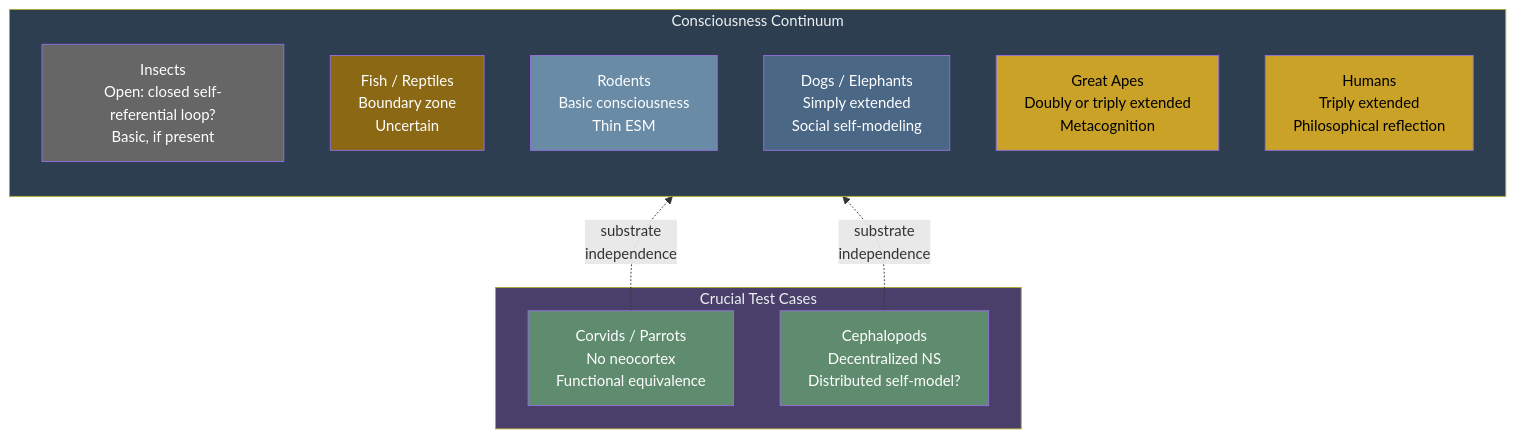
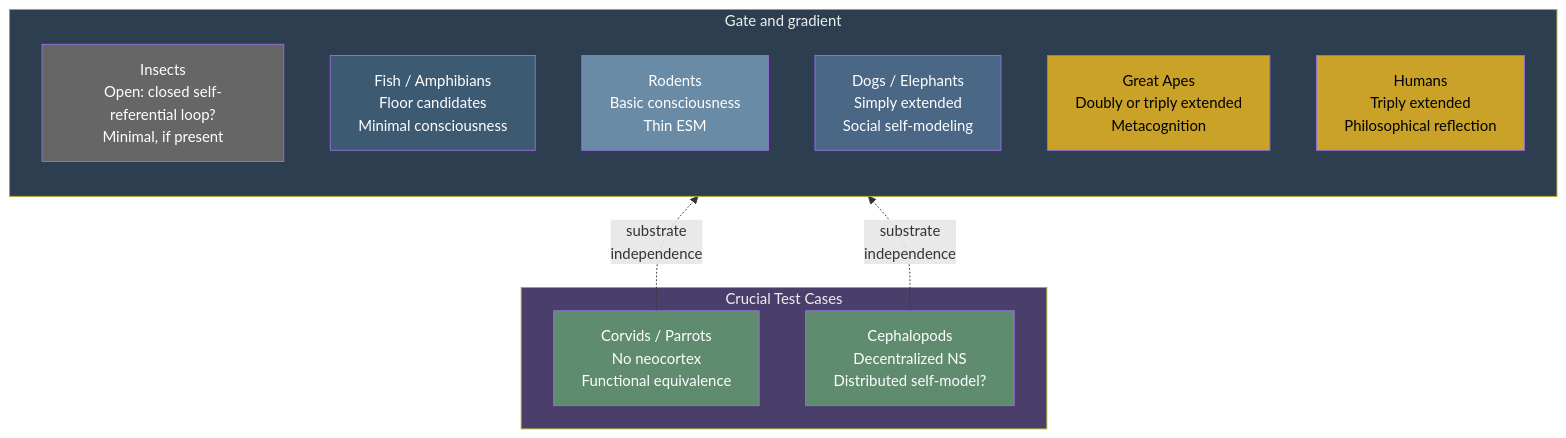
One commit to JeltzProstetnic/aIware changed the diagram in wiki/phenomena/animal-consciousness.md. Above: the diagram before and after it, drawn with Mermaid. The commit also changed other lines of this file and 42 other files, not shown here.

````diff
--- a/wiki/phenomena/animal-consciousness.md
+++ b/wiki/phenomena/animal-consciousness.md
@@ -59,31 +53,31 @@
 ```mermaid
 graph BT
-    subgraph Continuum["Consciousness Continuum"]
+    subgraph Gradient["Gate and gradient"]
         direction BT
-        Insects["Insects<br/>Open: closed self-referential loop?<br/>Basic, if present"]
-        Fish["Fish / Reptiles<br/>Boundary zone<br/>Uncertain"]
+        Insects["Insects<br/>Open: closed self-referential loop?<br/>Minimal, if present"]
+        Fish["Fish / Amphibians<br/>Floor candidates<br/>Minimal consciousness"]
         Rodents["Rodents<br/>Basic consciousness<br/>Thin ESM"]
         Dogs["Dogs / Elephants<br/>Simply extended<br/>Social self-modeling"]
         Primates["Great Apes<br/>Doubly or triply extended<br/>Metacognition"]
         Humans["Humans<br/>Triply extended<br/>Philosophical reflection"]
     end
 
     subgraph TestCases["Crucial Test Cases"]
         Corvids["Corvids / Parrots<br/>No neocortex<br/>Functional equivalence"]
         Cephalopods["Cephalopods<br/>Decentralized NS<br/>Distributed self-model?"]
     end
 
     Corvids -.->|"substrate<br/>independence"| Dogs
     Cephalopods -.->|"substrate<br/>independence"| Rodents
 
-    style Continuum fill:#2c3e50,color:#ecf0f1
+    style Gradient fill:#2c3e50,color:#ecf0f1
     style TestCases fill:#4a3f6b,color:#ecf0f1
     style Insects fill:#666,color:#fff
-    style Fish fill:#8b6914,color:#fff
+    style Fish fill:#3d5a73,color:#fff
     style Rodents fill:#6a8ba5,color:#fff
     style Dogs fill:#4a6785,color:#fff
     style Primates fill:#c9a227,color:#000
     style Humans fill:#c9a227,color:#000
     style Corvids fill:#5f8c6e,color:#fff
     style Cephalopods fill:#5f8c6e,color:#fff
 ```
````
